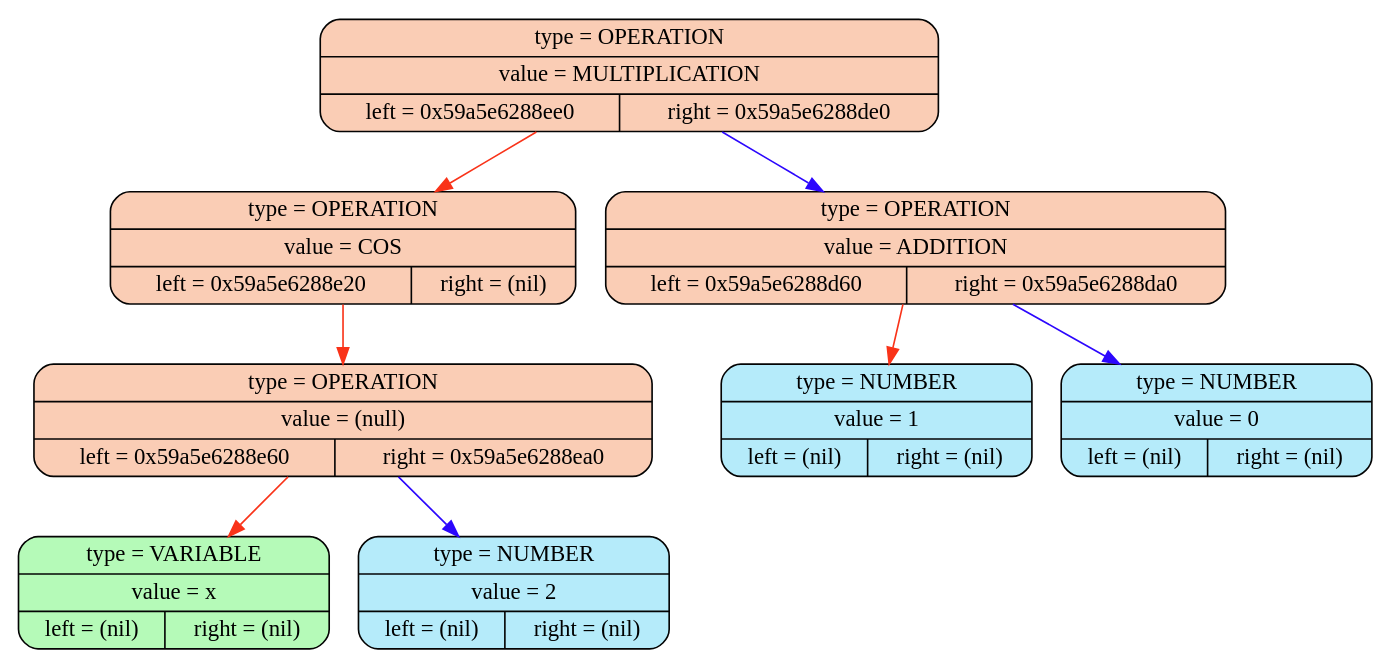
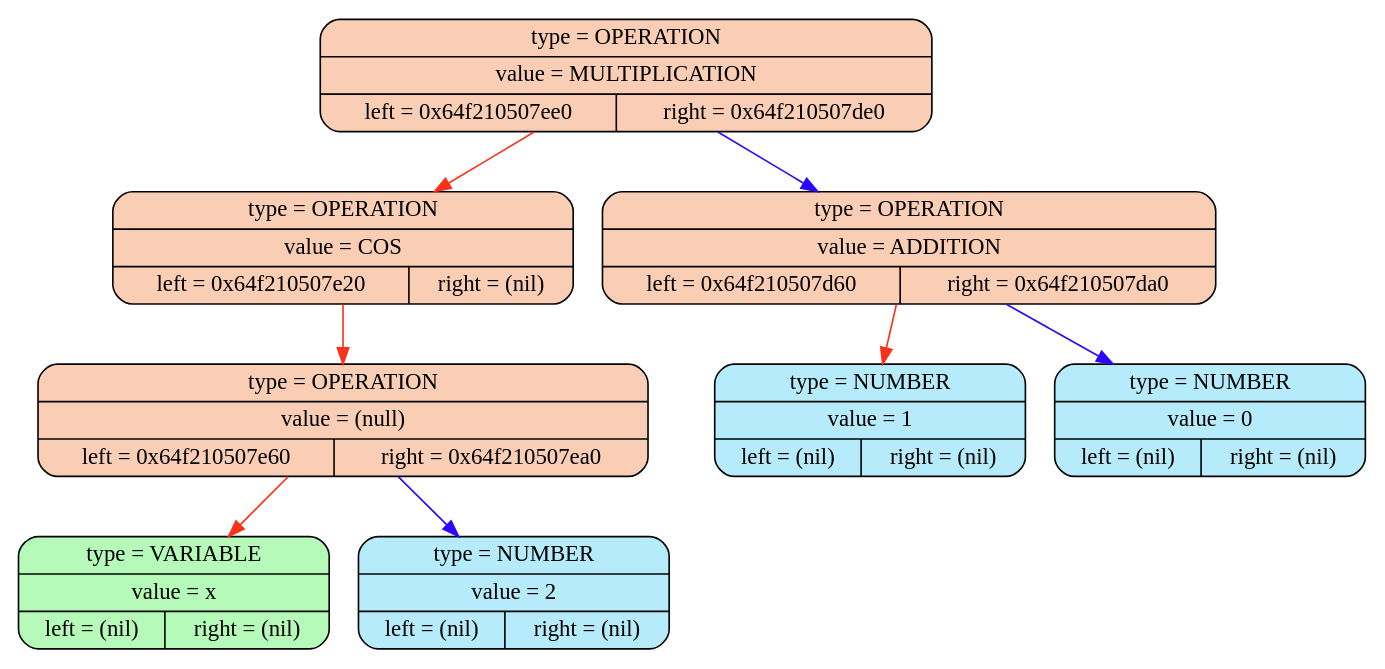
One commit to DianaNikitina/diff changed the diagram in differentiator/dot_files/diff.dot. Above: the diagram before and after it, drawn with Graphviz. The commit also changed 12 other files, not shown here.

```diff
--- a/differentiator/dot_files/diff.dot
+++ b/differentiator/dot_files/diff.dot
@@ -1,18 +1,18 @@
 digraph structs {
 rankdir=TB;
-98569065893664 [shape=Mrecord; style = filled; fillcolor = "#facdb5ff"; color = "#030303ff"; label="{type = OPERATION | value = MULTIPLICATION | {left = 0x59a5e6288ee0 | right = 0x59a5e6288de0}}";]
-98569065893600 [shape=Mrecord; style = filled; fillcolor = "#facdb5ff"; color = "#030303ff"; label="{type = OPERATION | value = COS | {left = 0x59a5e6288e20 | right = (nil)}}";]
-98569065893408 [shape=Mrecord; style = filled; fillcolor = "#facdb5ff"; color = "#030303ff"; label="{type = OPERATION | value = (null) | {left = 0x59a5e6288e60 | right = 0x59a5e6288ea0}}";]
-98569065893472 [shape=Mrecord; style = filled; fillcolor = "#b5fab8ff"; color = "#030303ff"; label="{type = VARIABLE | value = x | {left = (nil) | right = (nil)}}";]
-98569065893536 [shape=Mrecord; style = filled; fillcolor = "#b5ebfaff"; color = "#030303ff"; label="{type = NUMBER | value = 2 | {left = (nil) | right = (nil)}}";]
-98569065893344 [shape=Mrecord; style = filled; fillcolor = "#facdb5ff"; color = "#030303ff"; label="{type = OPERATION | value = ADDITION | {left = 0x59a5e6288d60 | right = 0x59a5e6288da0}}";]
-98569065893216 [shape=Mrecord; style = filled; fillcolor = "#b5ebfaff"; color = "#030303ff"; label="{type = NUMBER | value = 1 | {left = (nil) | right = (nil)}}";]
-98569065893280 [shape=Mrecord; style = filled; fillcolor = "#b5ebfaff"; color = "#030303ff"; label="{type = NUMBER | value = 0 | {left = (nil) | right = (nil)}}";]
-98569065893664->98569065893600[color = "#f93319ff"]
-98569065893664->98569065893344[color = "#2c07fdff"]
-98569065893600->98569065893408[color = "#f93319ff"]
-98569065893408->98569065893472[color = "#f93319ff"]
-98569065893408->98569065893536[color = "#2c07fdff"]
-98569065893344->98569065893216[color = "#f93319ff"]
-98569065893344->98569065893280[color = "#2c07fdff"]
+110990818574112 [shape=Mrecord; style = filled; fillcolor = "#facdb5ff"; color = "#030303ff"; label="{type = OPERATION | value = MULTIPLICATION | {left = 0x64f210507ee0 | right = 0x64f210507de0}}";]
+110990818574048 [shape=Mrecord; style = filled; fillcolor = "#facdb5ff"; color = "#030303ff"; label="{type = OPERATION | value = COS | {left = 0x64f210507e20 | right = (nil)}}";]
+110990818573856 [shape=Mrecord; style = filled; fillcolor = "#facdb5ff"; color = "#030303ff"; label="{type = OPERATION | value = (null) | {left = 0x64f210507e60 | right = 0x64f210507ea0}}";]
+110990818573920 [shape=Mrecord; style = filled; fillcolor = "#b5fab8ff"; color = "#030303ff"; label="{type = VARIABLE | value = x | {left = (nil) | right = (nil)}}";]
+110990818573984 [shape=Mrecord; style = filled; fillcolor = "#b5ebfaff"; color = "#030303ff"; label="{type = NUMBER | value = 2 | {left = (nil) | right = (nil)}}";]
+110990818573792 [shape=Mrecord; style = filled; fillcolor = "#facdb5ff"; color = "#030303ff"; label="{type = OPERATION | value = ADDITION | {left = 0x64f210507d60 | right = 0x64f210507da0}}";]
+110990818573664 [shape=Mrecord; style = filled; fillcolor = "#b5ebfaff"; color = "#030303ff"; label="{type = NUMBER | value = 1 | {left = (nil) | right = (nil)}}";]
+110990818573728 [shape=Mrecord; style = filled; fillcolor = "#b5ebfaff"; color = "#030303ff"; label="{type = NUMBER | value = 0 | {left = (nil) | right = (nil)}}";]
+110990818574112->110990818574048[color = "#f93319ff"]
+110990818574112->110990818573792[color = "#2c07fdff"]
+110990818574048->110990818573856[color = "#f93319ff"]
+110990818573856->110990818573920[color = "#f93319ff"]
+110990818573856->110990818573984[color = "#2c07fdff"]
+110990818573792->110990818573664[color = "#f93319ff"]
+110990818573792->110990818573728[color = "#2c07fdff"]
 }
```
